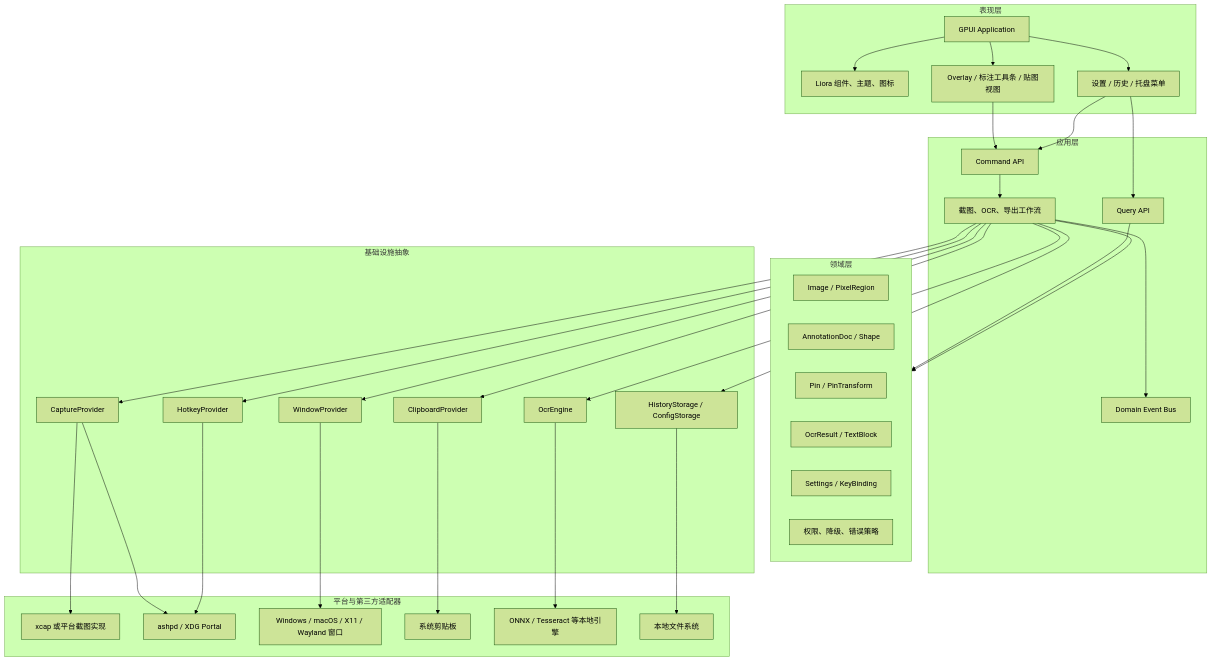
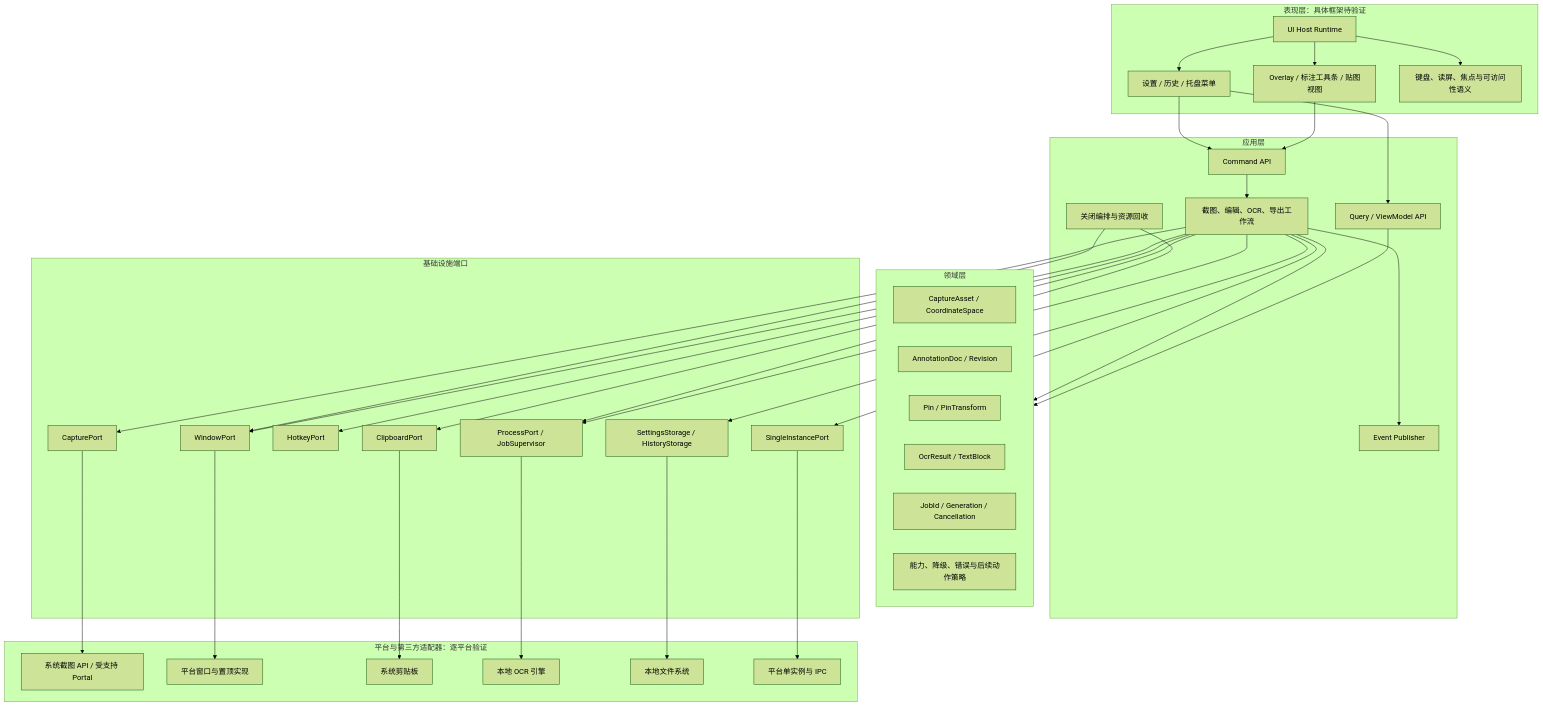
One commit to yhyzgn/pinora changed the third of 22 diagrams in docs/Pinora-开发设计文档.md. Above: the diagram before and after it, drawn with Mermaid (forest theme). The commit also changed other lines of this file and 80 other files, not shown here.

````diff
--- a/docs/Pinora-开发设计文档.md
+++ b/docs/Pinora-开发设计文档.md
@@ -169,67 +238,71 @@
 ```mermaid
 flowchart TB
-    subgraph Presentation[表现层]
-        GPUI[GPUI Application]
-        Liora[Liora 组件、主题、图标]
-        OverlayUI[Overlay / 标注工具条 / 贴图视图]
-        SettingsUI[设置 / 历史 / 托盘菜单]
+    subgraph Presentation["表现层：具体框架待验证"]
+        Host["UI Host Runtime"]
+        OverlayUI["Overlay / 标注工具条 / 贴图视图"]
+        SettingsUI["设置 / 历史 / 托盘菜单"]
+        Accessibility["键盘、读屏、焦点与可访问性语义"]
     end
 
-    subgraph Application[应用层]
-        Commands[Command API]
-        Queries[Query API]
-        Events[Domain Event Bus]
-        Workflow[截图、OCR、导出工作流]
+    subgraph Application["应用层"]
+        Commands["Command API"]
+        Queries["Query / ViewModel API"]
+        Events["Event Publisher"]
+        Workflow["截图、编辑、OCR、导出工作流"]
+        Shutdown["关闭编排与资源回收"]
     end
 
-    subgraph Domain[领域层]
-        ImageModel[Image / PixelRegion]
-        AnnotationModel[AnnotationDoc / Shape]
-        PinModel[Pin / PinTransform]
-        OcrModel[OcrResult / TextBlock]
-        ConfigModel[Settings / KeyBinding]
-        Policy[权限、降级、错误策略]
+    subgraph Domain["领域层"]
+        ImageModel["CaptureAsset / CoordinateSpace"]
+        AnnotationModel["AnnotationDoc / Revision"]
+        PinModel["Pin / PinTransform"]
+        OcrModel["OcrResult / TextBlock"]
+        JobModel["JobId / Generation / Cancellation"]
+        Policy["能力、降级、错误与后续动作策略"]
     end
 
-    subgraph Infrastructure[基础设施抽象]
-        CapturePort[CaptureProvider]
-        WindowPort[WindowProvider]
-        HotkeyPort[HotkeyProvider]
-        ClipboardPort[ClipboardProvider]
-        OcrPort[OcrEngine]
-        StoragePort[HistoryStorage / ConfigStorage]
+    subgraph Infrastructure["基础设施端口"]
+        CapturePort["CapturePort"]
+        WindowPort["WindowPort"]
+        HotkeyPort["HotkeyPort"]
+        ClipboardPort["ClipboardPort"]
+        ProcessPort["ProcessPort / JobSupervisor"]
+        StoragePort["SettingsStorage / HistoryStorage"]
+        InstancePort["SingleInstancePort"]
     end
 
-    subgraph Adapters[平台与第三方适配器]
-        Xcap[xcap 或平台截图实现]
-        Ashpd[ashpd / XDG Portal]
-        NativeWindow[Windows / macOS / X11 / Wayland 窗口]
-        NativeClipboard[系统剪贴板]
-        OcrRuntime[ONNX / Tesseract 等本地引擎]
-        FileStore[本地文件系统]
+    subgraph Adapters["平台与第三方适配器：逐平台验证"]
+        NativeCapture["系统截图 API / 受支持 Portal"]
+        NativeWindow["平台窗口与置顶实现"]
+        NativeClipboard["系统剪贴板"]
+        LocalOcr["本地 OCR 引擎"]
+        FileStore["本地文件系统"]
+        NativeInstance["平台单实例与 IPC"]
     end
 
-    GPUI --> Liora
-    GPUI --> OverlayUI
-    GPUI --> SettingsUI
+    Host --> OverlayUI
+    Host --> SettingsUI
+    Host --> Accessibility
     OverlayUI --> Commands
     SettingsUI --> Commands
     SettingsUI --> Queries
     Commands --> Workflow
     Queries --> Domain
     Workflow --> Events
     Workflow --> Domain
     Workflow --> CapturePort
     Workflow --> WindowPort
     Workflow --> HotkeyPort
     Workflow --> ClipboardPort
-    Workflow --> OcrPort
+    Workflow --> ProcessPort
     Workflow --> StoragePort
-    CapturePort --> Xcap
-    CapturePort --> Ashpd
+    Workflow --> InstancePort
+    Shutdown --> ProcessPort
+    Shutdown --> WindowPort
+    CapturePort --> NativeCapture
     WindowPort --> NativeWindow
-    HotkeyPort --> Ashpd
     ClipboardPort --> NativeClipboard
-    OcrPort --> OcrRuntime
+    ProcessPort --> LocalOcr
     StoragePort --> FileStore
+    InstancePort --> NativeInstance
 ```
````
